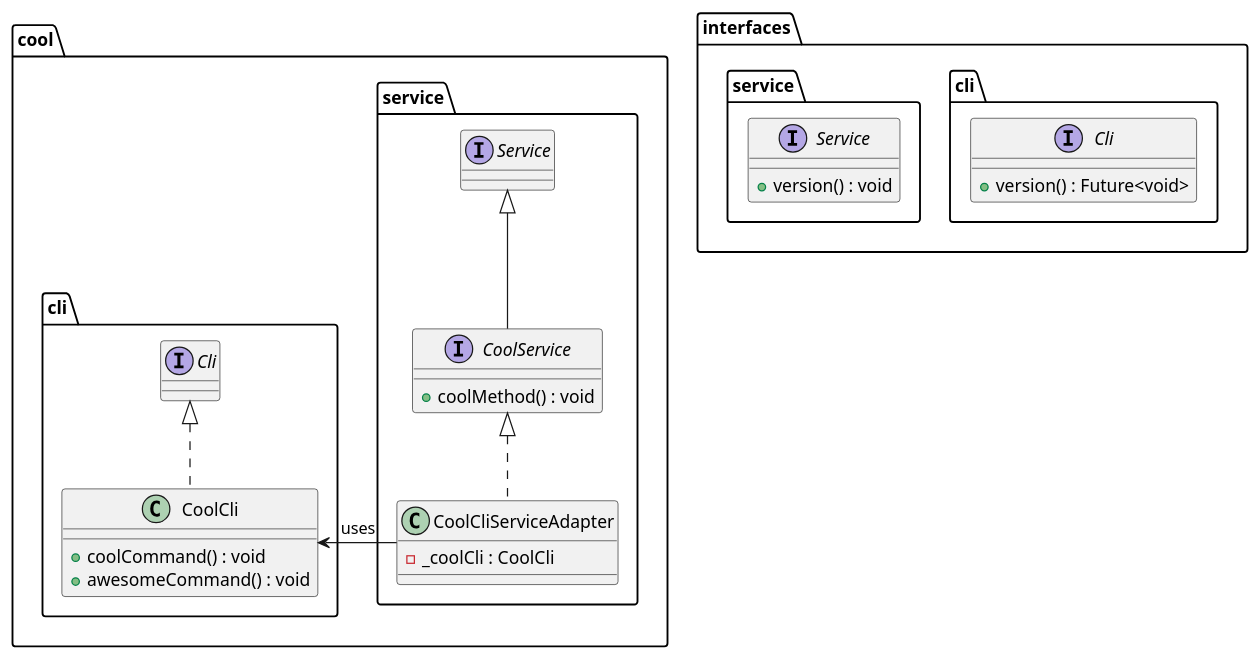
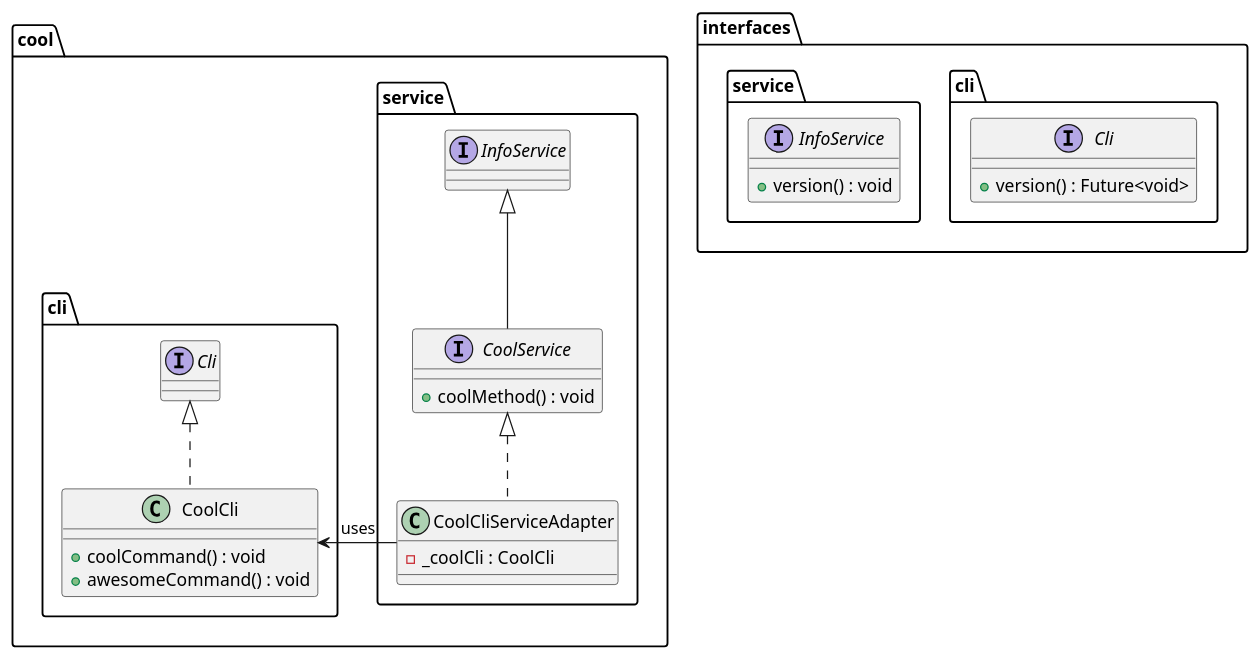
The diagram in metrics/cli/docs/diagrams/cli_interfaces_class_diagram.puml (Flank/flank-dashboard), drawn with PlantUML before and after one commit. The commit also changed 7 other files, not shown here.

```diff
--- a/metrics/cli/docs/diagrams/cli_interfaces_class_diagram.puml
+++ b/metrics/cli/docs/diagrams/cli_interfaces_class_diagram.puml
@@ -1,38 +1,38 @@
 @startuml cli_interfaces_class_diagram
 
 package interfaces {
     package cli {
         interface Cli {
             + version() : Future<void>
         }
     }
 
     package service {
-        interface Service {
+        interface InfoService {
             + version() : void
         }
     }
 }
 
 package cool {
     package service as cool.service{
-        interface CoolService extends Service{
+        interface CoolService extends InfoService{
             + coolMethod() : void
         }
 
         class CoolCliServiceAdapter implements CoolService {
             - _coolCli : CoolCli
         }
     }
 
     package cli as cool.cli {
         class CoolCli implements Cli {
             + coolCommand() : void
             + awesomeCommand() : void
         }
     }
 }
 
 CoolCliServiceAdapter -> CoolCli : uses
 
 @enduml
```
